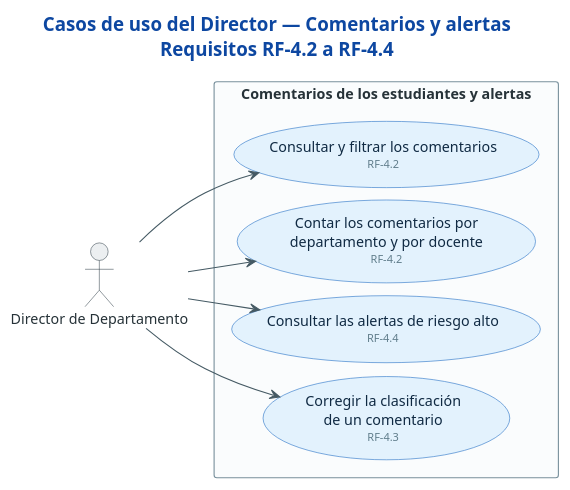
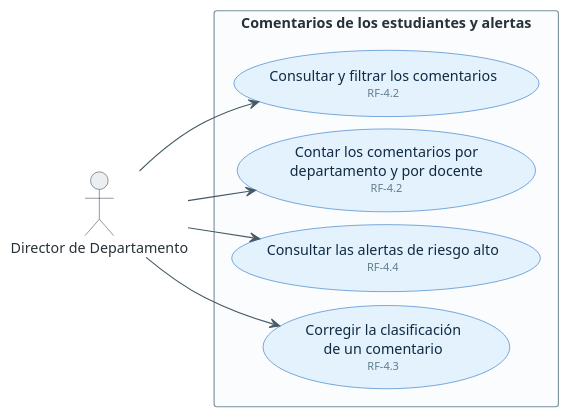
Before and after one commit to sistema-evaluacion-docente/api.evd: the diagram in docs/casos-de-uso/07-director-comentarios-y-alertas.puml, drawn with PlantUML. The commit also changed 44 other files, not shown here.

First line of the commit message:
feat: add script to render use case diagrams to PDF

```diff
--- a/docs/casos-de-uso/07-director-comentarios-y-alertas.puml
+++ b/docs/casos-de-uso/07-director-comentarios-y-alertas.puml
@@ -1,52 +1,50 @@
 @startuml cu-07-director-comentarios-y-alertas
 ' =============================================================================
 ' Sistema de Evaluación Docente (SET) — UFPS
 ' Fuente: Tabla 36 (actores) y Tabla 37 (requisitos funcionales) del documento de
 '         tesis, con la implementación de DistilUmbert-back y DistilUmbert-front.
 ' =============================================================================
-title Casos de uso del Director — Comentarios y alertas\nRequisitos RF-4.2 a RF-4.4
-
 left to right direction
 
 skinparam backgroundColor #FFFFFF
 skinparam shadowing false
 skinparam defaultFontSize 13
 skinparam TitleFontSize 17
 skinparam TitleFontColor #0D47A1
 skinparam ArrowColor #455A64
 skinparam ArrowFontColor #546E7A
 skinparam ArrowFontSize 11
 skinparam nodesep 12
 skinparam ranksep 40
 skinparam actor {
   BackgroundColor #ECEFF1
   BorderColor #37474F
   FontColor #263238
 }
 skinparam usecase {
   BackgroundColor #E3F2FD
   BorderColor #1565C0
   FontColor #102A43
 }
 skinparam rectangle {
   BackgroundColor #FAFCFD
   BorderColor #78909C
   FontColor #263238
   FontStyle bold
 }
 
 actor "Director de Departamento" as DIR
 
 rectangle "Comentarios de los estudiantes y alertas" {
   usecase "Consultar y filtrar los comentarios\n<size:10><color:#607D8B>RF-4.2</color></size>" as D20
   usecase "Contar los comentarios por\ndepartamento y por docente\n<size:10><color:#607D8B>RF-4.2</color></size>" as D21
   usecase "Consultar las alertas de riesgo alto\n<size:10><color:#607D8B>RF-4.4</color></size>" as D22
   usecase "Corregir la clasificación\nde un comentario\n<size:10><color:#607D8B>RF-4.3</color></size>" as D23
 }
 
 DIR --> D20
 DIR --> D21
 DIR --> D22
 DIR --> D23
 
 @enduml
```
